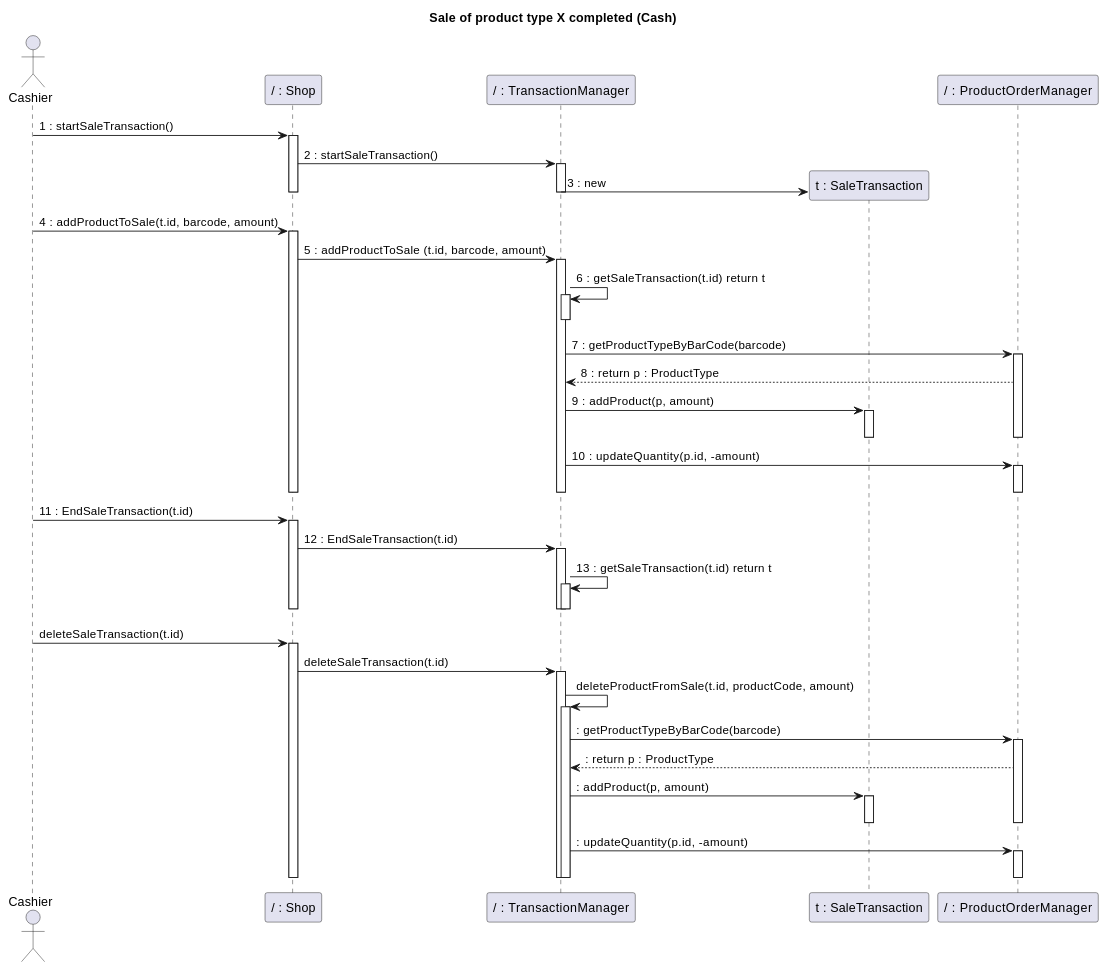
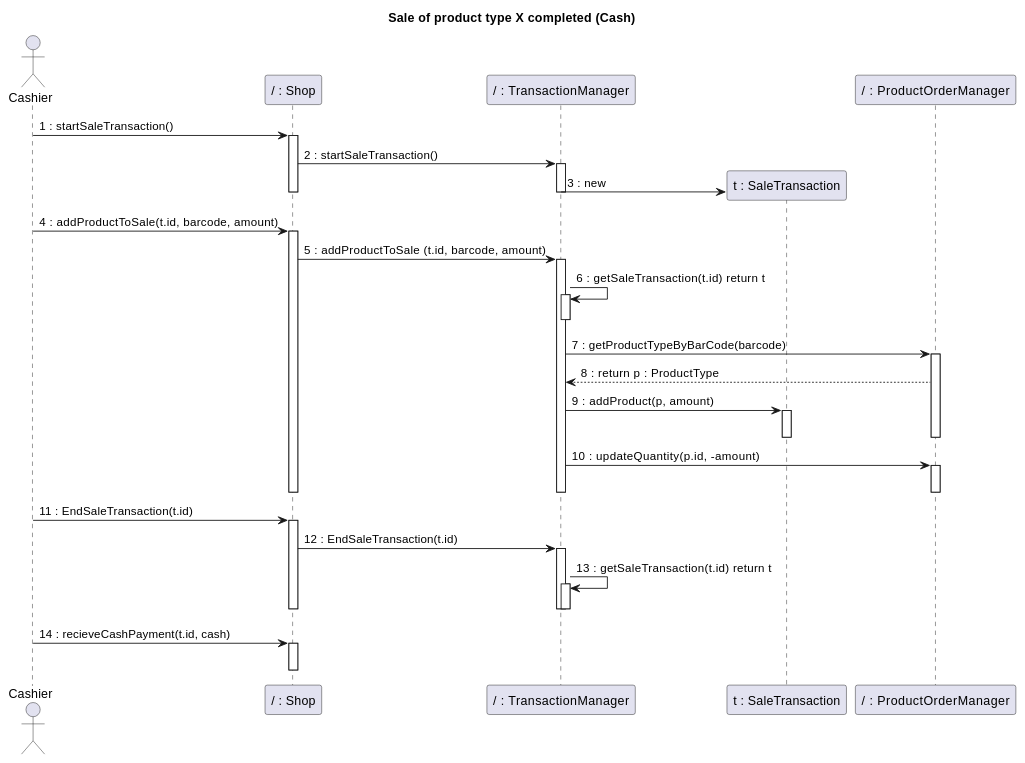
Before and after one commit to nicolabattaglino/ezshop: diagram 23 of 32 in Deliverables/DesignDocument.md, drawn with PlantUML. The commit also changed other lines of this file, not shown here.

````diff
--- a/Deliverables/DesignDocument.md
+++ b/Deliverables/DesignDocument.md
@@ -1184,81 +1174,62 @@
 ```plantuml
 @startuml
 
 title
 Sale of product type X completed (Cash)
 end title
 
 actor Cashier
 
 participant "/ : Shop" as Shop
 participant "/ : TransactionManager" as TransactionManager
 participant "t : SaleTransaction"  as SaleTransaction
 participant "/ : ProductOrderManager" as ProductOrderManager
 
 Cashier -> Shop: 1 : startSaleTransaction()
 activate Shop
 Shop -> TransactionManager : 2 : startSaleTransaction()
 activate TransactionManager
 create SaleTransaction
 TransactionManager -> SaleTransaction: 3 : new
 deactivate TransactionManager
 deactivate Shop
 Cashier -> Shop : 4 : addProductToSale(t.id, barcode, amount)
 activate Shop
 Shop -> TransactionManager: 5 : addProductToSale (t.id, barcode, amount)
  
 
 activate TransactionManager
 TransactionManager -> TransactionManager: 6 : getSaleTransaction(t.id) return t
 activate TransactionManager
 deactivate TransactionManager
 TransactionManager -> ProductOrderManager: 7 : getProductTypeByBarCode(barcode)
 activate ProductOrderManager
 
 
 TransactionManager <-- ProductOrderManager : 8 : return p : ProductType
 
 TransactionManager -> SaleTransaction : 9 : addProduct(p, amount)
 activate SaleTransaction
 deactivate SaleTransaction
 deactivate ProductOrderManager
 TransactionManager -> ProductOrderManager: 10 : updateQuantity(p.id, -amount)
 activate ProductOrderManager
 deactivate ProductOrderManager
 deactivate TransactionManager
 deactivate Shop
 Cashier -> Shop : 11 : EndSaleTransaction(t.id)
 activate Shop
 Shop -> TransactionManager : 12 : EndSaleTransaction(t.id)
 activate TransactionManager
 TransactionManager -> TransactionManager : 13 : getSaleTransaction(t.id) return t
 activate TransactionManager
 deactivate TransactionManager
 deactivate TransactionManager
 deactivate Shop
 
-Cashier -> Shop : deleteSaleTransaction(t.id)
+Cashier -> Shop : 14 : recieveCashPayment(t.id, cash)
 activate Shop
-Shop -> TransactionManager : deleteSaleTransaction(t.id)
-activate TransactionManager
-TransactionManager -> TransactionManager : deleteProductFromSale(t.id, productCode, amount)
-activate TransactionManager
-TransactionManager -> ProductOrderManager:  : getProductTypeByBarCode(barcode)
-activate ProductOrderManager
+deactivate Shop
 
-
-TransactionManager <-- ProductOrderManager :  : return p : ProductType
-
-TransactionManager -> SaleTransaction :  : addProduct(p, amount)
-activate SaleTransaction
-deactivate SaleTransaction
-deactivate ProductOrderManager
-TransactionManager -> ProductOrderManager:  : updateQuantity(p.id, -amount)
-activate ProductOrderManager
-deactivate ProductOrderManager
-deactivate TransactionManager
-
-deactivate TransactionManager
-deactivate Shop
 @enduml
 ```
````
